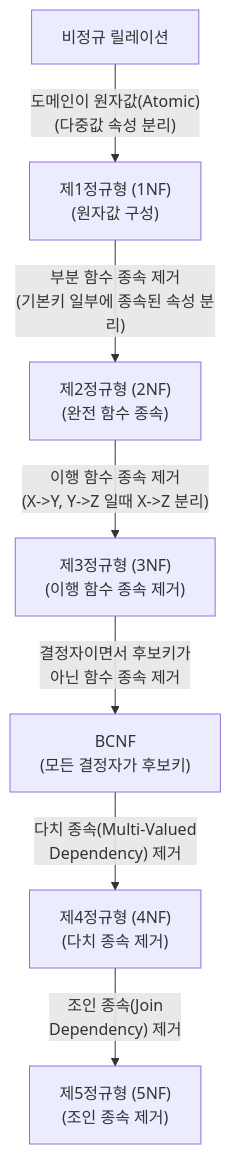
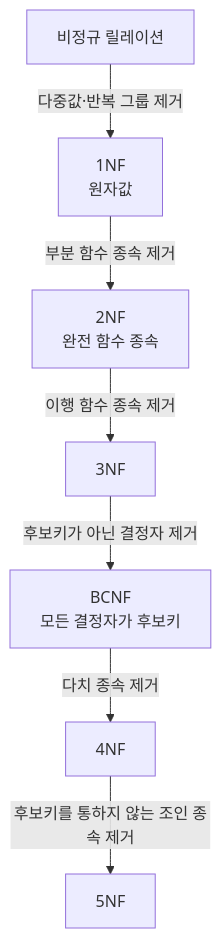
One commit to supremethumb/supremethumb.github.io changed the diagram in content/01_IT Tech/데이터베이스 정규화.md. Above: the diagram before and after it, drawn with Mermaid. The commit also changed other lines of this file and 1087 other files, not shown here.

````diff
--- a/content/01_IT Tech/데이터베이스 정규화.md
+++ b/content/01_IT Tech/데이터베이스 정규화.md
@@ -27,19 +35,9 @@
 ```mermaid
 flowchart TB
-    UNF["비정규 릴레이션"]
-    
-    1NF["제1정규형 (1NF)<br/>(원자값 구성)"]
-    2NF["제2정규형 (2NF)<br/>(완전 함수 종속)"]
-    3NF["제3정규형 (3NF)<br/>(이행 함수 종속 제거)"]
-    BCNF["BCNF<br/>(모든 결정자가 후보키)"]
-    4NF["제4정규형 (4NF)<br/>(다치 종속 제거)"]
-    5NF["제5정규형 (5NF)<br/>(조인 종속 제거)"]
-
-    UNF -- "도메인이 원자값(Atomic)\n(다중값 속성 분리)" --> 1NF
-    1NF -- "부분 함수 종속 제거\n(기본키 일부에 종속된 속성 분리)" --> 2NF
-    2NF -- "이행 함수 종속 제거\n(X->Y, Y->Z 일때 X->Z 분리)" --> 3NF
-    3NF -- "결정자이면서 후보키가\n아닌 함수 종속 제거" --> BCNF
-    BCNF -- "다치 종속(Multi-Valued\nDependency) 제거" --> 4NF
-    4NF -- "조인 종속(Join\nDependency) 제거" --> 5NF
-
+    U["비정규 릴레이션"] -->|"다중값·반복 그룹 제거"| N1["1NF<br/>원자값"]
+    N1 -->|"부분 함수 종속 제거"| N2["2NF<br/>완전 함수 종속"]
+    N2 -->|"이행 함수 종속 제거"| N3["3NF"]
+    N3 -->|"후보키가 아닌 결정자 제거"| NB["BCNF<br/>모든 결정자가 후보키"]
+    NB -->|"다치 종속 제거"| N4["4NF"]
+    N4 -->|"후보키를 통하지 않는 조인 종속 제거"| N5["5NF"]
 ```
````
